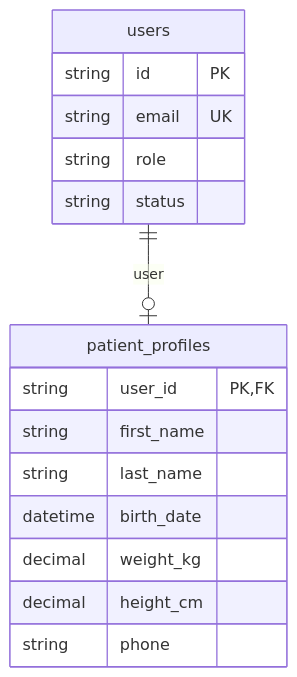
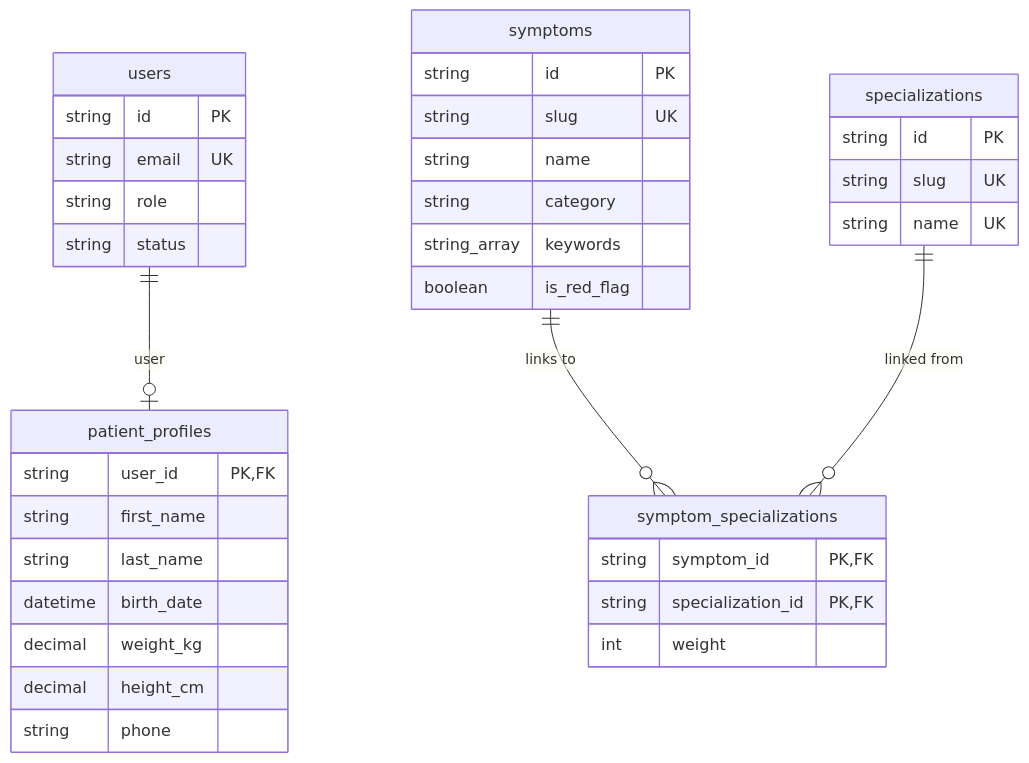
The second of 2 diagrams in docs/modules/patient.md (alhexjustine/telehealth), drawn with Mermaid before and after one commit. The commit also changed other lines of this file and 63 other files, not shown here.

````diff
--- a/docs/modules/patient.md
+++ b/docs/modules/patient.md
@@ -34,19 +55,39 @@
 ```mermaid
 erDiagram
   users {
     string id PK
     string email UK
     string role
     string status
   }
   patient_profiles {
     string user_id PK,FK
     string first_name
     string last_name
     datetime birth_date
     decimal weight_kg
     decimal height_cm
     string phone
   }
+  symptoms {
+    string id PK
+    string slug UK
+    string name
+    string category
+    string_array keywords
+    boolean is_red_flag
+  }
+  symptom_specializations {
+    string symptom_id PK,FK
+    string specialization_id PK,FK
+    int weight
+  }
+  specializations {
+    string id PK
+    string slug UK
+    string name UK
+  }
   users ||--o| patient_profiles : "user"
+  symptoms ||--o{ symptom_specializations : "links to"
+  specializations ||--o{ symptom_specializations : "linked from"
 ```
````
